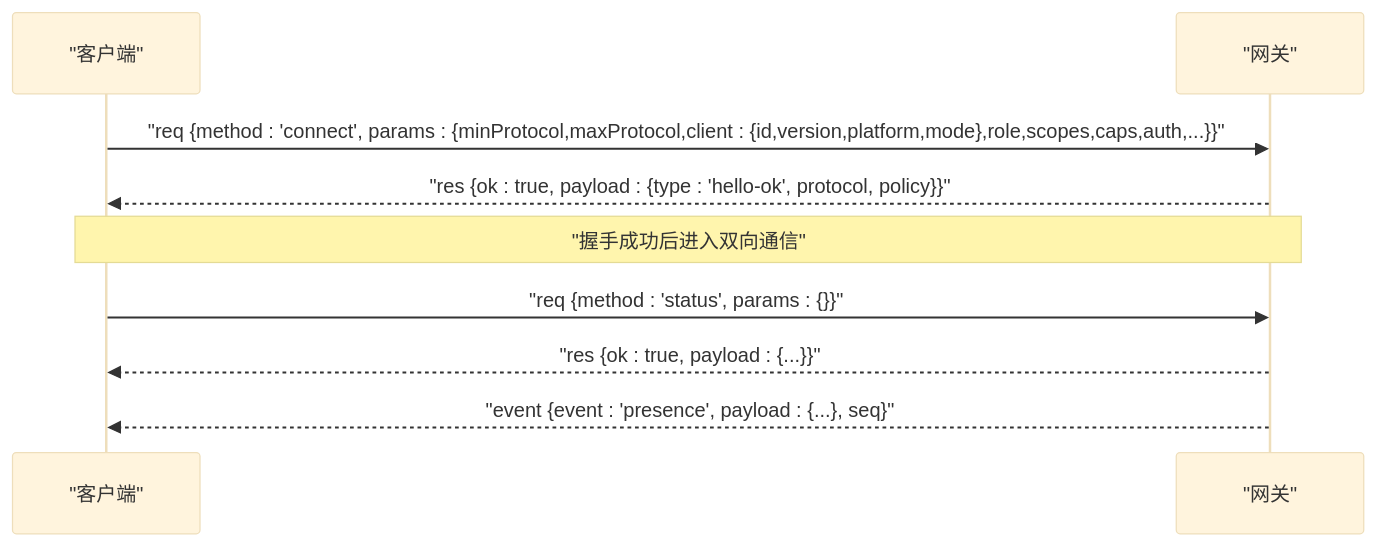
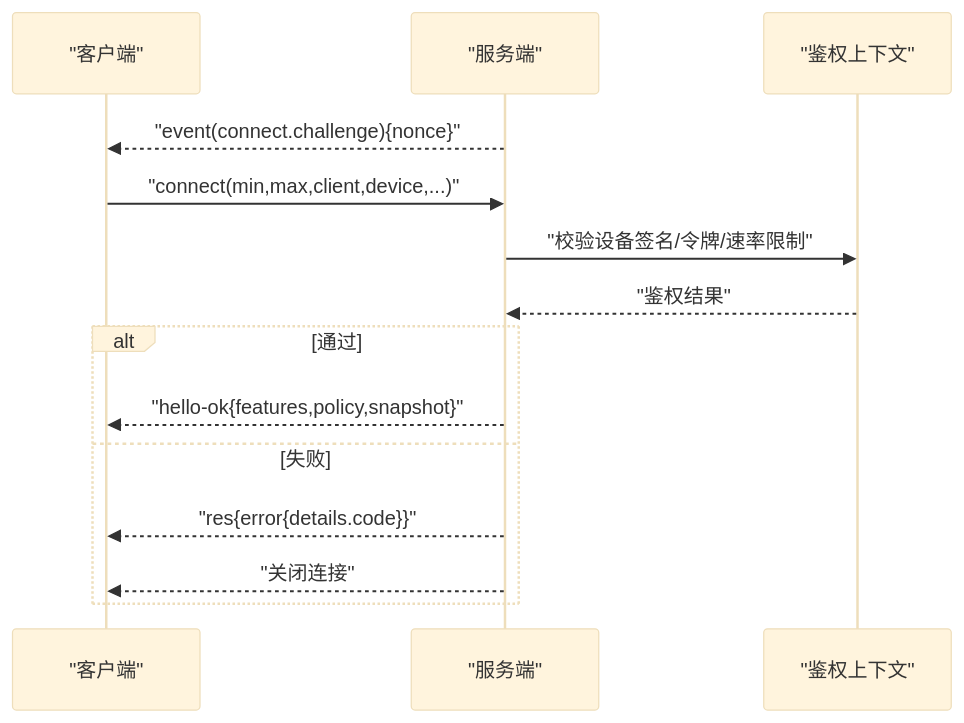
Before and after one commit to HACK-WU/openclaw: the fourth of 8 diagrams in .qoder/repowiki/zh/content/API参考/API参考.md, drawn with Mermaid (base theme). The commit also changed other lines of this file and 549 other files, not shown here.

````diff
--- a/.qoder/repowiki/zh/content/API参考/API参考.md
+++ b/.qoder/repowiki/zh/content/API参考/API参考.md
@@ -177,11 +247,16 @@
 ```mermaid
 sequenceDiagram
 participant C as "客户端"
-participant G as "网关"
-C->>G : "req {method : 'connect', params : {minProtocol,maxProtocol,client : {id,version,platform,mode},role,scopes,caps,auth,...}}"
-G-->>C : "res {ok : true, payload : {type : 'hello-ok', protocol, policy}}"
-Note over C,G : "握手成功后进入双向通信"
-C->>G : "req {method : 'status', params : {}}"
-G-->>C : "res {ok : true, payload : {...}}"
-G-->>C : "event {event : 'presence', payload : {...}, seq}"
+participant S as "服务端"
+participant A as "鉴权上下文"
+S-->>C : "event(connect.challenge){nonce}"
+C->>S : "connect(min,max,client,device,...)"
+S->>A : "校验设备签名/令牌/速率限制"
+A-->>S : "鉴权结果"
+alt 通过
+S-->>C : "hello-ok{features,policy,snapshot}"
+else 失败
+S-->>C : "res{error{details.code}}"
+S-->>C : "关闭连接"
+end
 ```
````
